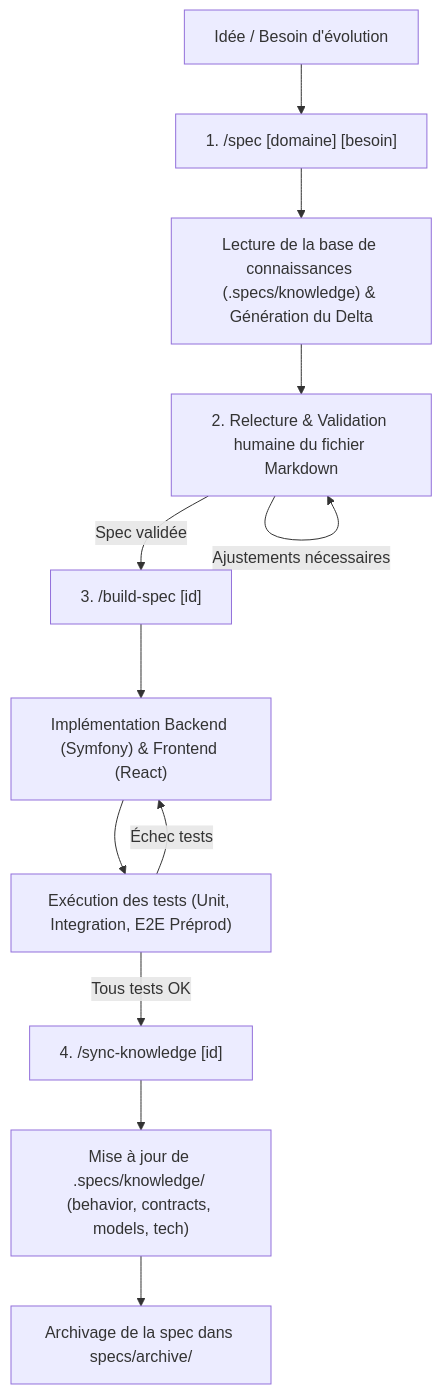
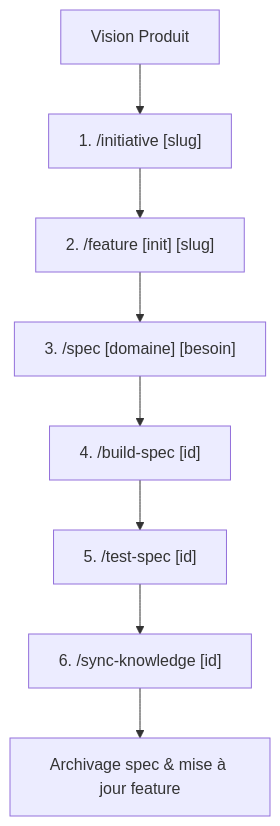
Before and after one commit to ngdo-pro/nanko: the first of 2 diagrams in specs.md, drawn with Mermaid. The commit also changed other lines of this file and 86 other files, not shown here.

````diff
--- a/specs.md
+++ b/specs.md
@@ -80,14 +77,10 @@
     ```mermaid
     flowchart TD
-        A[Idée / Besoin d'évolution] --> B["1. /spec [domaine] [besoin]"]
-        B --> C["Lecture de la base de connaissances (.specs/knowledge) & Génération du Delta"]
-        C --> D["2. Relecture & Validation humaine du fichier Markdown"]
-        D -->|Ajustements nécessaires| D
-        D -->|Spec validée| E["3. /build-spec [id]"]
-        E --> F["Implémentation Backend (Symfony) & Frontend (React)"]
-        F --> G["Exécution des tests (Unit, Integration, E2E Préprod)"]
-        G -->|Échec tests| F
-        G -->|Tous tests OK| H["4. /sync-knowledge [id]"]
-        H --> I["Mise à jour de .specs/knowledge/ (behavior, contracts, models, tech)"]
-        I --> J["Archivage de la spec dans specs/archive/"]
+        V[Vision Produit] --> I["1. /initiative [slug]"]
+        I --> F["2. /feature [init] [slug]"]
+        F --> S["3. /spec [domaine] [besoin]"]
+        S --> B["4. /build-spec [id]"]
+        B --> T["5. /test-spec [id]"]
+        T --> K["6. /sync-knowledge [id]"]
+        K --> Arch["Archivage spec & mise à jour feature"]
     ```
````
